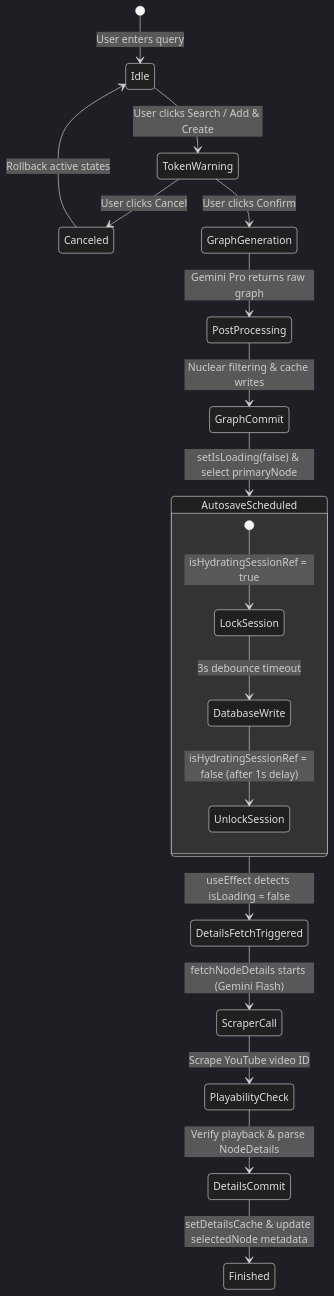
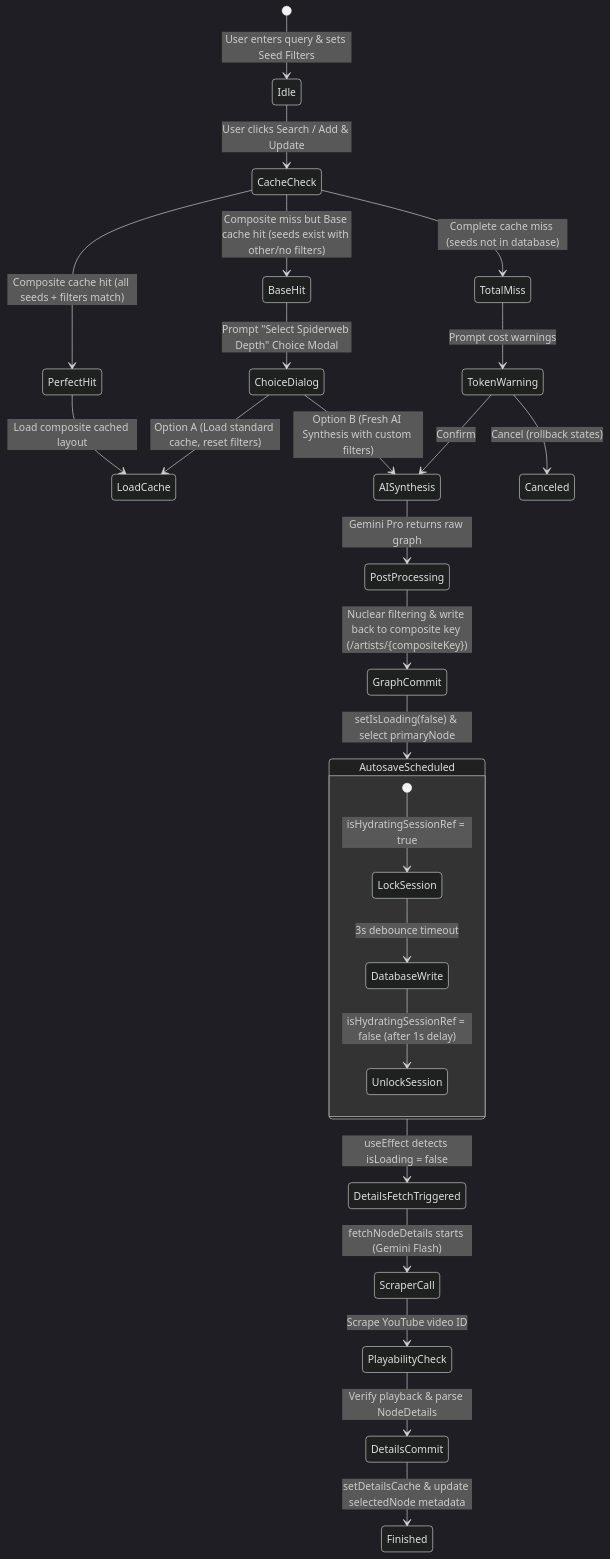
One commit to simonlavin82/Zcene-145 changed the diagram in EngineDocumentation.md. Above: the diagram before and after it, drawn with Mermaid (dark theme). The commit also changed other lines of this file and 5 other files, not shown here.

Commit message:
feat: unify seed layout architecture and introduce composite generative caching keys

````diff
--- a/EngineDocumentation.md
+++ b/EngineDocumentation.md
@@ -295,22 +296,29 @@
 ```mermaid
 stateDiagram-v2
-    [*] --> Idle: User enters query
-    Idle --> TokenWarning: User clicks Search / Add & Create
-    TokenWarning --> Canceled: User clicks Cancel
-    Canceled --> Idle: Rollback active states
-    TokenWarning --> GraphGeneration: User clicks Confirm
-    GraphGeneration --> PostProcessing: Gemini Pro returns raw graph
-    PostProcessing --> GraphCommit: Nuclear filtering & cache writes
+    [*] --> Idle: User enters query & sets Seed Filters
+    Idle --> CacheCheck: User clicks Search / Add & Update
+    CacheCheck --> PerfectHit: Composite cache hit (all seeds + filters match)
+    PerfectHit --> LoadCache: Load composite cached layout
+    CacheCheck --> BaseHit: Composite miss but Base cache hit (seeds exist with other/no filters)
+    BaseHit --> ChoiceDialog: Prompt "Select Spiderweb Depth" Choice Modal
+    ChoiceDialog --> LoadCache: Option A (Load standard cache, reset filters)
+    ChoiceDialog --> AISynthesis: Option B (Fresh AI Synthesis with custom filters)
+    CacheCheck --> TotalMiss: Complete cache miss (seeds not in database)
+    TotalMiss --> TokenWarning: Prompt cost warnings
+    TokenWarning --> AISynthesis: Confirm
+    TokenWarning --> Canceled: Cancel (rollback states)
+    AISynthesis --> PostProcessing: Gemini Pro returns raw graph
+    PostProcessing --> GraphCommit: Nuclear filtering & write back to composite key (/artists/{compositeKey})
     GraphCommit --> AutosaveScheduled: setIsLoading(false) & select primaryNode
     AutosaveScheduled --> DetailsFetchTriggered: useEffect detects isLoading = false
     DetailsFetchTriggered --> ScraperCall: fetchNodeDetails starts (Gemini Flash)
     ScraperCall --> PlayabilityCheck: Scrape YouTube video ID
     PlayabilityCheck --> DetailsCommit: Verify playback & parse NodeDetails
     DetailsCommit --> Finished: setDetailsCache & update selectedNode metadata
     
     state AutosaveScheduled {
         [*] --> LockSession: isHydratingSessionRef = true
         LockSession --> DatabaseWrite: 3s debounce timeout
         DatabaseWrite --> UnlockSession: isHydratingSessionRef = false (after 1s delay)
     }
 ```
````
